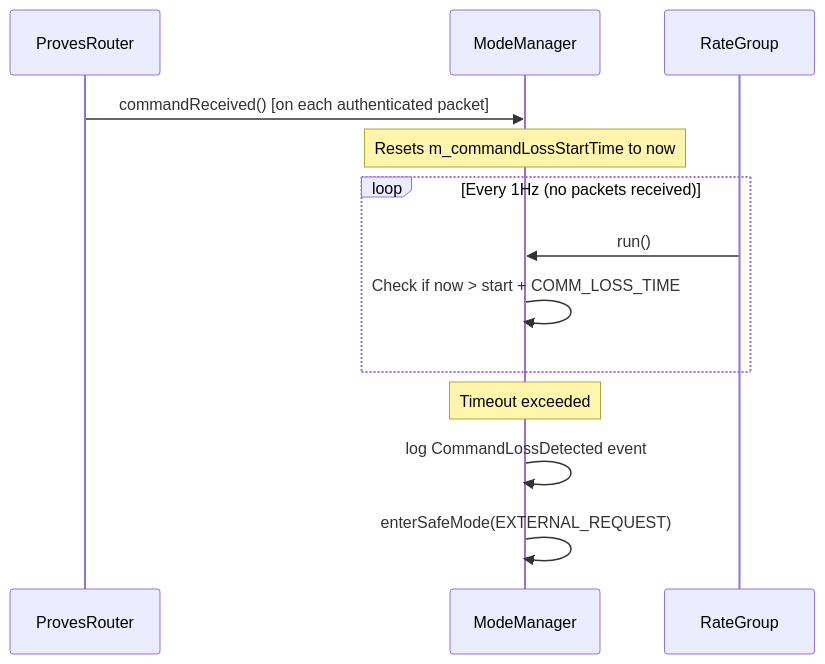
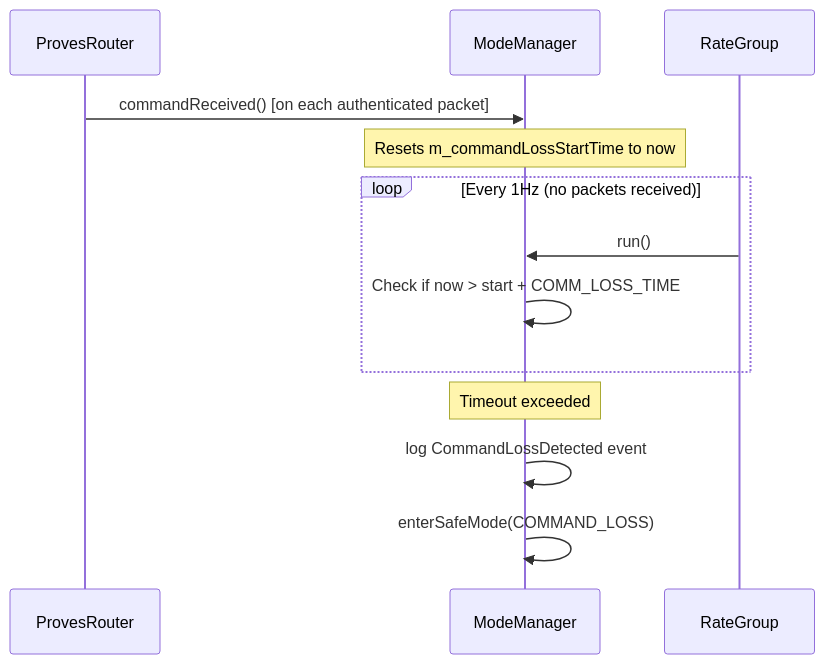
One commit to Open-Source-Space-Foundation/proves-core-reference changed the second of 4 diagrams in PROVESFlightControllerReference/Components/ModeManager/docs/sdd.md. Above: the diagram before and after it, drawn with Mermaid. The commit also changed other lines of this file and 6 other files, not shown here.

````diff
--- a/PROVESFlightControllerReference/Components/ModeManager/docs/sdd.md
+++ b/PROVESFlightControllerReference/Components/ModeManager/docs/sdd.md
@@ -155,17 +154,17 @@
 ```mermaid
 sequenceDiagram
     participant AuthRouter as ProvesRouter
     participant ModeManager
     participant RateGroup
 
     AuthRouter->>ModeManager: commandReceived() [on each authenticated packet]
     Note over ModeManager: Resets m_commandLossStartTime to now
 
     loop Every 1Hz (no packets received)
         RateGroup->>ModeManager: run()
         ModeManager->>ModeManager: Check if now > start + COMM_LOSS_TIME
     end
     Note over ModeManager: Timeout exceeded
     ModeManager->>ModeManager: log CommandLossDetected event
-    ModeManager->>ModeManager: enterSafeMode(EXTERNAL_REQUEST)
+    ModeManager->>ModeManager: enterSafeMode(COMMAND_LOSS)
 ```
````
